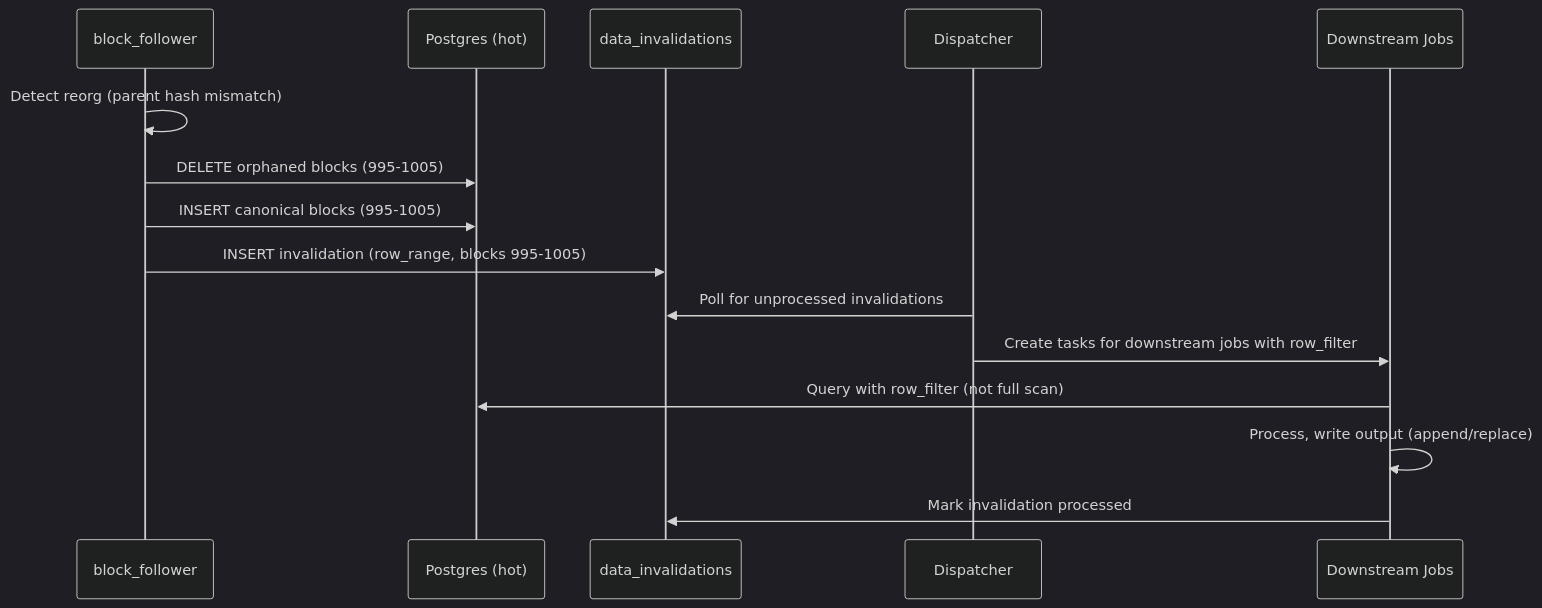
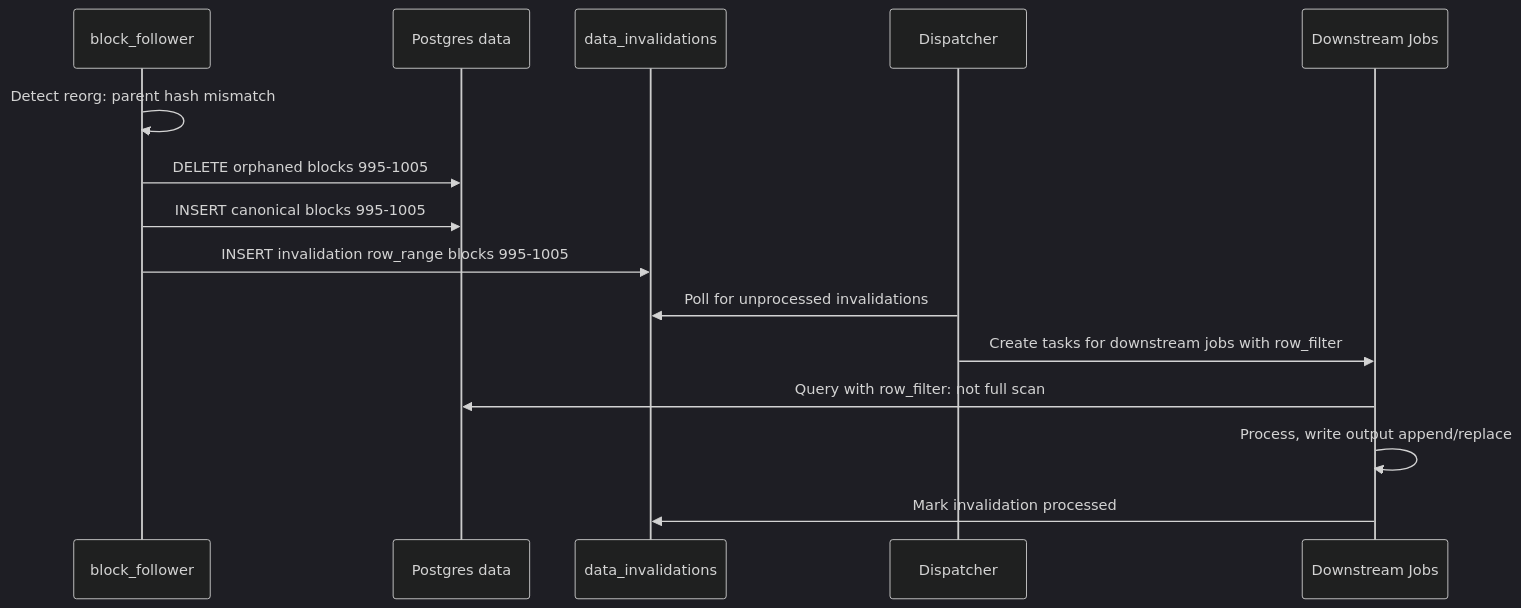
Before and after one commit to c7121/trace: the first of 2 diagrams in docs/architecture/data_versioning.md, drawn with Mermaid (dark theme). The commit also changed other lines of this file and 76 other files, not shown here.

````diff
--- a/docs/architecture/data_versioning.md
+++ b/docs/architecture/data_versioning.md
@@ -187,18 +150,18 @@
 ```mermaid
 sequenceDiagram
     participant BF as block_follower
-    participant PG as Postgres (hot)
+    participant PG as Postgres data
     participant INV as data_invalidations
     participant DISP as Dispatcher
     participant DS as Downstream Jobs
 
-    BF->>BF: Detect reorg (parent hash mismatch)
-    BF->>PG: DELETE orphaned blocks (995-1005)
-    BF->>PG: INSERT canonical blocks (995-1005)
-    BF->>INV: INSERT invalidation (row_range, blocks 995-1005)
+    BF->>BF: Detect reorg: parent hash mismatch
+    BF->>PG: DELETE orphaned blocks 995-1005
+    BF->>PG: INSERT canonical blocks 995-1005
+    BF->>INV: INSERT invalidation row_range blocks 995-1005
     DISP->>INV: Poll for unprocessed invalidations
     DISP->>DS: Create tasks for downstream jobs with row_filter
-    DS->>PG: Query with row_filter (not full scan)
-    DS->>DS: Process, write output (append/replace)
+    DS->>PG: Query with row_filter: not full scan
+    DS->>DS: Process, write output append/replace
     DS->>INV: Mark invalidation processed
 ```
````
